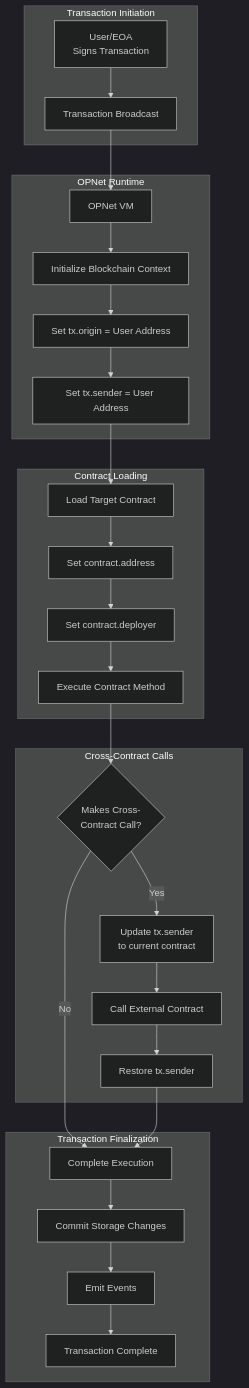
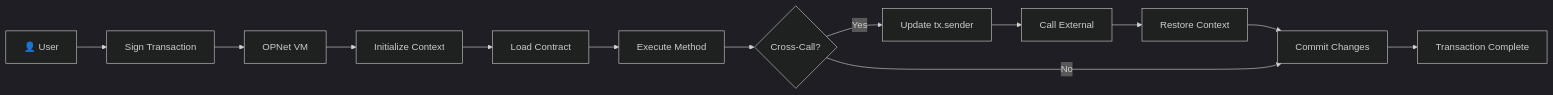
The second of 3 diagrams in docs/core-concepts/blockchain-environment.md (btc-vision/btc-runtime), drawn with Mermaid before and after one commit. The commit also changed 2 other files, not shown here.

Commit message:
Simplify and update mermaid diagrams in docs
Refactored mermaid diagrams in blockchain-environment.md, pointers.md, and storage-system.md for improved clarity and consistency. Changed flowchart orientation to LR, removed unnecessary subgraphs, and streamlined node labels to make visualizations easier to read and maintain.

````diff
--- a/docs/core-concepts/blockchain-environment.md
+++ b/docs/core-concepts/blockchain-environment.md
@@ -146,58 +146,19 @@
 ```mermaid
 ---
 config:
   theme: dark
 ---
-flowchart TD
-    subgraph Transaction["Transaction Initiation"]
-        User["User/EOA<br/>Signs Transaction"]
-        TX["Transaction Broadcast"]
-        User --> TX
-    end
-
-    subgraph Runtime["OPNet Runtime"]
-        VM["OPNet VM"]
-        Init["Initialize Blockchain Context"]
-        SetOrigin["Set tx.origin = User Address"]
-        SetSender["Set tx.sender = User Address"]
-        VM --> Init
-        Init --> SetOrigin
-        SetOrigin --> SetSender
-    end
-
-    subgraph Contract["Contract Loading"]
-        LoadContract["Load Target Contract"]
-        SetContractAddr["Set contract.address"]
-        SetDeployer["Set contract.deployer"]
-        Execute["Execute Contract Method"]
-        LoadContract --> SetContractAddr
-        SetContractAddr --> SetDeployer
-        SetDeployer --> Execute
-    end
-
-    subgraph CrossCall["Cross-Contract Calls"]
-        CheckCrossCall{"Makes Cross-<br/>Contract Call?"}
-        UpdateSender["Update tx.sender<br/>to current contract"]
-        CallExternal["Call External Contract"]
-        RestoreSender["Restore tx.sender"]
-        CheckCrossCall -->|Yes| UpdateSender
-        UpdateSender --> CallExternal
-        CallExternal --> RestoreSender
-    end
-
-    subgraph Finalization["Transaction Finalization"]
-        Complete["Complete Execution"]
-        Commit["Commit Storage Changes"]
-        EmitEvents["Emit Events"]
-        End["Transaction Complete"]
-        Complete --> Commit
-        Commit --> EmitEvents
-        EmitEvents --> End
-    end
-
-    TX --> VM
-    SetSender --> LoadContract
-    Execute --> CheckCrossCall
-    CheckCrossCall -->|No| Complete
-    RestoreSender --> Complete
+flowchart LR
+    User["👤 User"] --> TX["Sign Transaction"]
+    TX --> VM["OPNet VM"]
+    VM --> Init["Initialize Context"]
+    Init --> Load["Load Contract"]
+    Load --> Execute["Execute Method"]
+    Execute --> Cross{"Cross-Call?"}
+    Cross -->|Yes| Update["Update tx.sender"]
+    Update --> External["Call External"]
+    External --> Restore["Restore Context"]
+    Restore --> Commit["Commit Changes"]
+    Cross -->|No| Commit
+    Commit --> Complete["Transaction Complete"]
 ```
````
